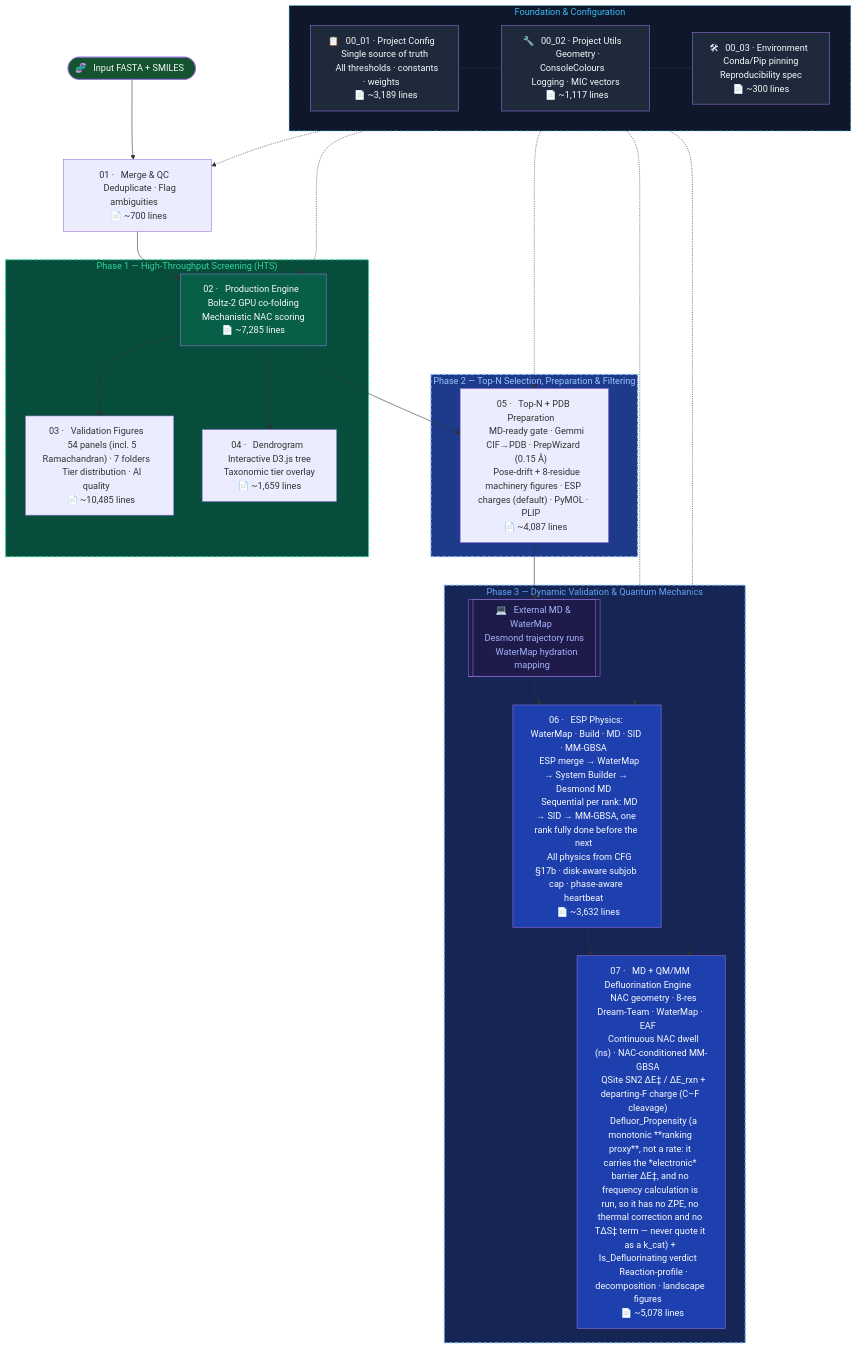
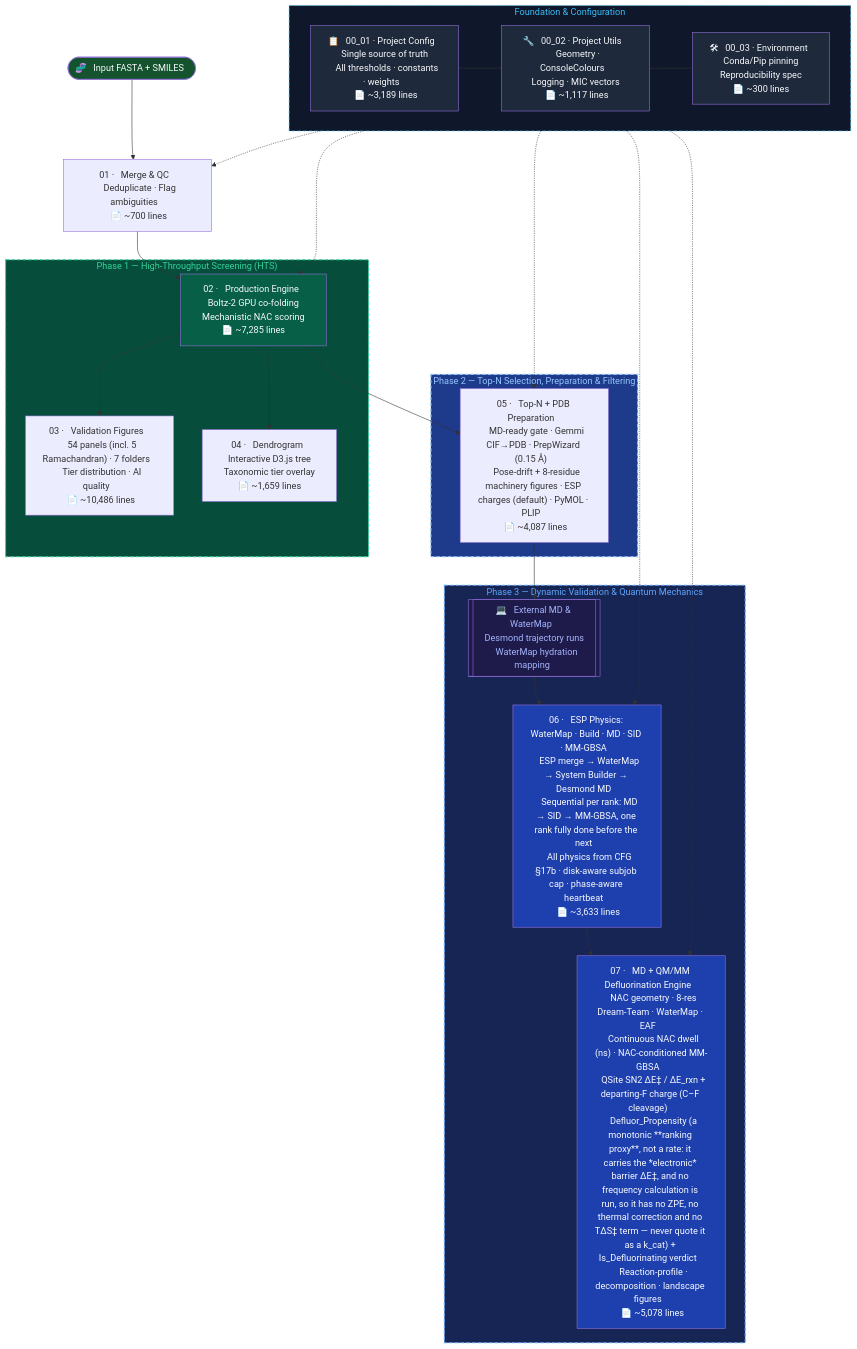
The diagram in README.md (KU-MGB/DeFluorX), drawn with Mermaid before and after one commit. The commit also changed 4 other files, not shown here.

````diff
--- a/README.md
+++ b/README.md
@@ -190,56 +190,56 @@
 ```mermaid
 flowchart TD
     subgraph FOUNDATION["  Foundation & Configuration  "]
         CFG["📋 &nbsp; 00_01 · Project Config &nbsp; \n &nbsp; Single source of truth &nbsp; \n &nbsp; All thresholds · constants · weights &nbsp; \n &nbsp; 📄 ~3,189 lines &nbsp; "]
         UTL["🔧 &nbsp; 00_02 · Project Utils &nbsp; \n &nbsp; Geometry · ConsoleColours &nbsp; \n &nbsp; Logging · MIC vectors &nbsp; \n &nbsp; 📄 ~1,117 lines &nbsp; "]
         ENV["🛠 &nbsp; 00_03 · Environment &nbsp; \n &nbsp; Conda/Pip pinning &nbsp; \n &nbsp; Reproducibility spec &nbsp; \n &nbsp; 📄 ~300 lines &nbsp; "]
         CFG --- UTL --- ENV
     end
 
     START(["🧬 &nbsp; Input FASTA + SMILES &nbsp;"]) --> M1
     M1["01 · &nbsp; Merge & QC &nbsp; \n &nbsp; Deduplicate · Flag ambiguities &nbsp; \n &nbsp; 📄 ~700 lines &nbsp; "] --> M2
 
     subgraph PHASE1["  Phase 1 — High-Throughput Screening (HTS)  "]
         M2["02 · &nbsp; Production Engine &nbsp; \n &nbsp; Boltz-2 GPU co-folding &nbsp; \n &nbsp; Mechanistic NAC scoring &nbsp; \n &nbsp; 📄 ~7,285 lines &nbsp; "]
-        M3["03 · &nbsp; Validation Figures &nbsp; \n &nbsp; 54 panels (incl. 5 Ramachandran) · 7 folders &nbsp; \n &nbsp; Tier distribution · AI quality &nbsp; \n &nbsp; 📄 ~10,485 lines &nbsp; "]
+        M3["03 · &nbsp; Validation Figures &nbsp; \n &nbsp; 54 panels (incl. 5 Ramachandran) · 7 folders &nbsp; \n &nbsp; Tier distribution · AI quality &nbsp; \n &nbsp; 📄 ~10,486 lines &nbsp; "]
         M4["04 · &nbsp; Dendrogram &nbsp; \n &nbsp; Interactive D3.js tree &nbsp; \n &nbsp; Taxonomic tier overlay &nbsp; \n &nbsp; 📄 ~1,659 lines &nbsp; "]
         M2 --> M3
         M2 --> M4
     end
 
     M2 --> M5
 
     subgraph PHASE2["  Phase 2 — Top-N Selection, Preparation & Filtering  "]
         M5["05 · &nbsp; Top-N + PDB Preparation &nbsp; \n &nbsp; MD-ready gate · Gemmi CIF→PDB · PrepWizard (0.15 Å) &nbsp; \n &nbsp; Pose-drift + 8-residue machinery figures · ESP charges (default) · PyMOL · PLIP &nbsp; \n &nbsp; 📄 ~4,087 lines &nbsp; "]
     end
 
     M5 --> EXT_MD
 
     subgraph PHASE3["  Phase 3 — Dynamic Validation & Quantum Mechanics  "]
         EXT_MD[["💻 &nbsp; External MD & WaterMap &nbsp; \n &nbsp; Desmond trajectory runs &nbsp; \n &nbsp; WaterMap hydration mapping &nbsp;"]]
-        M6["06 · &nbsp; ESP Physics: WaterMap · Build · MD · SID · MM-GBSA &nbsp; \n &nbsp; ESP merge → WaterMap → System Builder → Desmond MD &nbsp; \n &nbsp; Sequential per rank: MD → SID → MM-GBSA, one rank fully done before the next &nbsp; \n &nbsp; All physics from CFG §17b · disk-aware subjob cap · phase-aware heartbeat &nbsp; \n &nbsp; 📄 ~3,632 lines &nbsp; "]
+        M6["06 · &nbsp; ESP Physics: WaterMap · Build · MD · SID · MM-GBSA &nbsp; \n &nbsp; ESP merge → WaterMap → System Builder → Desmond MD &nbsp; \n &nbsp; Sequential per rank: MD → SID → MM-GBSA, one rank fully done before the next &nbsp; \n &nbsp; All physics from CFG §17b · disk-aware subjob cap · phase-aware heartbeat &nbsp; \n &nbsp; 📄 ~3,633 lines &nbsp; "]
         M7["07 · &nbsp; MD + QM/MM Defluorination Engine &nbsp; \n &nbsp; NAC geometry · 8-res Dream-Team · WaterMap · EAF &nbsp; \n &nbsp; Continuous NAC dwell (ns) · NAC-conditioned MM-GBSA &nbsp; \n &nbsp; QSite SN2 ΔE‡ / ΔE_rxn + departing-F charge (C–F cleavage) &nbsp; \n &nbsp; Defluor_Propensity (a monotonic **ranking proxy**, not a rate: it carries the *electronic* barrier ΔE‡, and no frequency calculation is run, so it has no ZPE, no thermal correction and no TΔS‡ term — never quote it as a k_cat) + Is_Defluorinating verdict &nbsp; \n &nbsp; Reaction-profile · decomposition · landscape figures &nbsp; \n &nbsp; 📄 ~5,078 lines &nbsp; "]
         EXT_MD --> M6 --> M7
     end
 
     %% Dependencies
     FOUNDATION -.-> M1
     FOUNDATION -.-> M2
     FOUNDATION -.-> M5
     FOUNDATION -.-> M6
     FOUNDATION -.-> M7
 
     style FOUNDATION fill:#0f172a,color:#38bdf8,stroke:#38bdf8
     style CFG fill:#1e293b,color:#f8fafc
     style UTL fill:#1e293b,color:#f8fafc
     style ENV fill:#1e293b,color:#f8fafc
     style PHASE1 fill:#064e3b,color:#34d399,stroke:#34d399,stroke-width:2px,stroke-dasharray: 6 4
     style PHASE2 fill:#1e3a8a,color:#93c5fd,stroke:#93c5fd,stroke-width:2px,stroke-dasharray: 6 4
     style PHASE3 fill:#172554,color:#60a5fa,stroke:#60a5fa,stroke-width:2px,stroke-dasharray: 6 4
     style FOUNDATION stroke-dasharray: 6 4
     style M2 fill:#065f46,color:#f8fafc
     style M6 fill:#1e40af,color:#f8fafc
     style M7 fill:#1e40af,color:#f8fafc
     style START fill:#14532d,color:#f8fafc
     style EXT_MD fill:#1e1b4b,color:#a5b4fc
 ```
````
